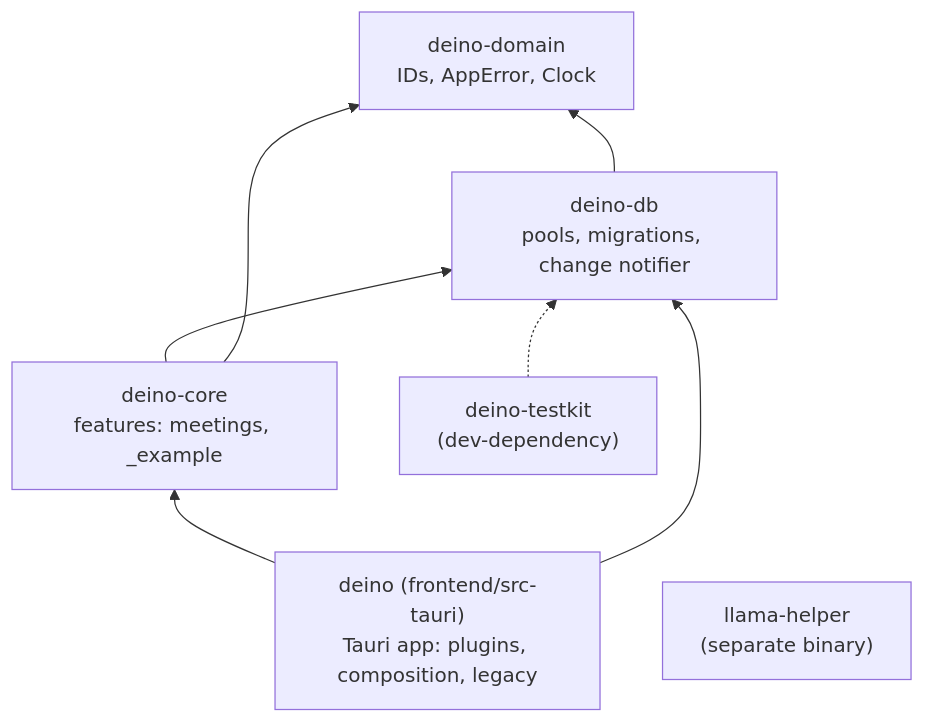
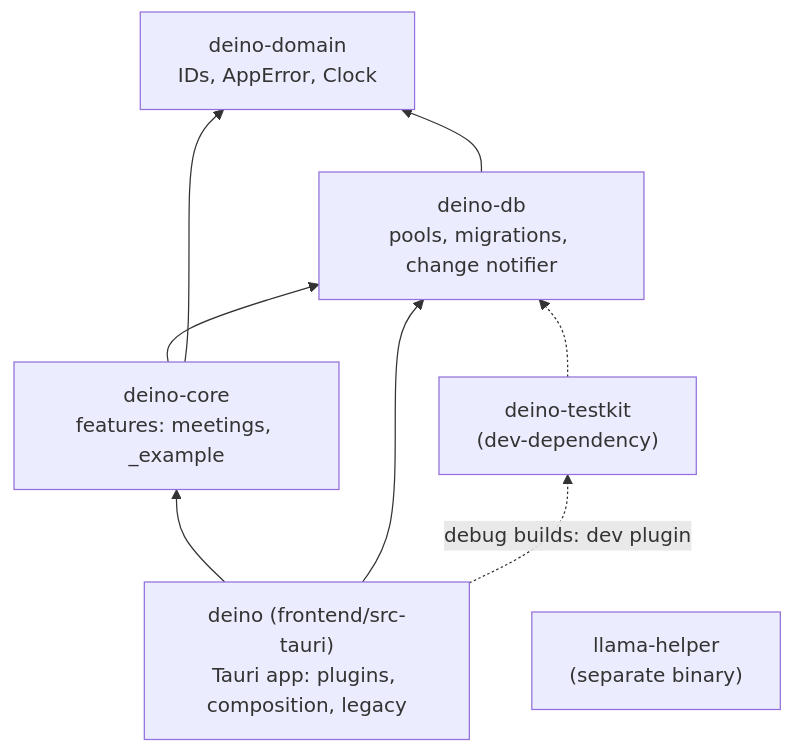
Before and after one commit to xenshreyas/Deino: the second of 4 diagrams in docs/ARCHITECTURE.md, drawn with Mermaid. The commit also changed other lines of this file and 3 other files, not shown here.

Commit message:
docs: FND-04 fixtures, dev:mock and smoke tests in the architecture, testing guide and plan

````diff
--- a/docs/ARCHITECTURE.md
+++ b/docs/ARCHITECTURE.md
@@ -37,15 +37,16 @@
 ```mermaid
 flowchart BT
   domain["deino-domain<br/>IDs, AppError, Clock"]
   db["deino-db<br/>pools, migrations, change notifier"]
   core["deino-core<br/>features: meetings, _example"]
   testkit["deino-testkit<br/>(dev-dependency)"]
   app["deino (frontend/src-tauri)<br/>Tauri app: plugins, composition, legacy"]
   helper["llama-helper<br/>(separate binary)"]
   db --> domain
   core --> db
   core --> domain
   app --> core
   app --> db
+  app -. "debug builds: dev plugin" .-> testkit
   testkit -.-> db
 ```
````
